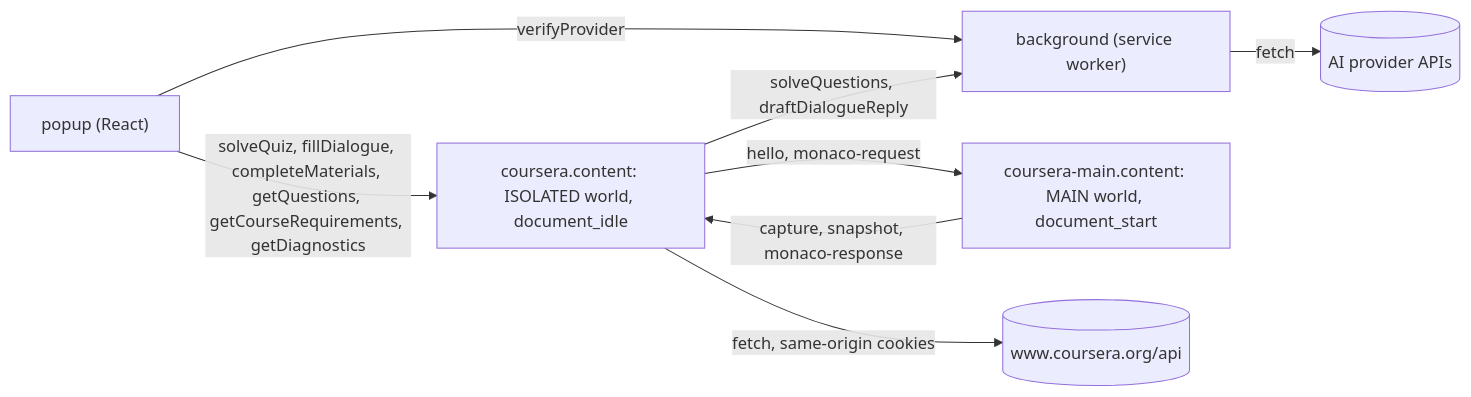
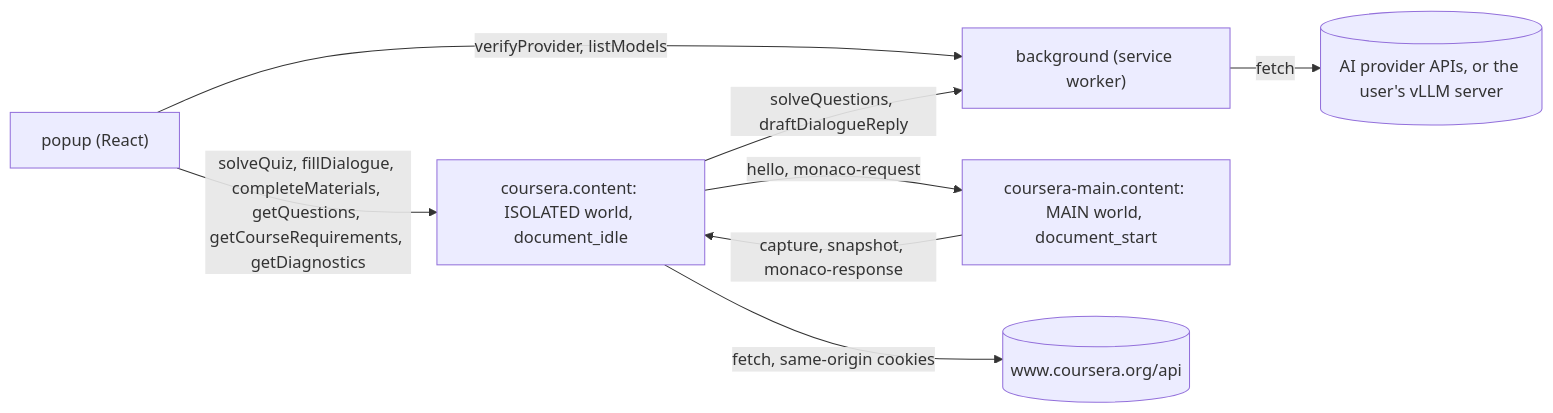
One commit to arynyklas/coursera-solver changed the diagram in docs/ARCHITECTURE.md. Above: the diagram before and after it, drawn with Mermaid. The commit also changed other lines of this file and 1 other file, not shown here.

First line of the commit message:
docs: document the vllm provider and the measured keepalive behavior

````diff
--- a/docs/ARCHITECTURE.md
+++ b/docs/ARCHITECTURE.md
@@ -7,10 +7,10 @@
 ```mermaid
 flowchart LR
   P["popup (React)"] -- "solveQuiz, fillDialogue, completeMaterials, getQuestions, getCourseRequirements, getDiagnostics" --> I
-  P -- verifyProvider --> B["background (service worker)"]
+  P -- "verifyProvider, listModels" --> B["background (service worker)"]
   I["coursera.content: ISOLATED world, document_idle"] -- "solveQuestions, draftDialogueReply" --> B
-  B -- fetch --> AI[("AI provider APIs")]
+  B -- fetch --> AI[("AI provider APIs, or the user's vLLM server")]
   M["coursera-main.content: MAIN world, document_start"] -- "capture, snapshot, monaco-response" --> I
   I -- "hello, monaco-request" --> M
   I -- "fetch, same-origin cookies" --> C[("www.coursera.org/api")]
 ```
````
